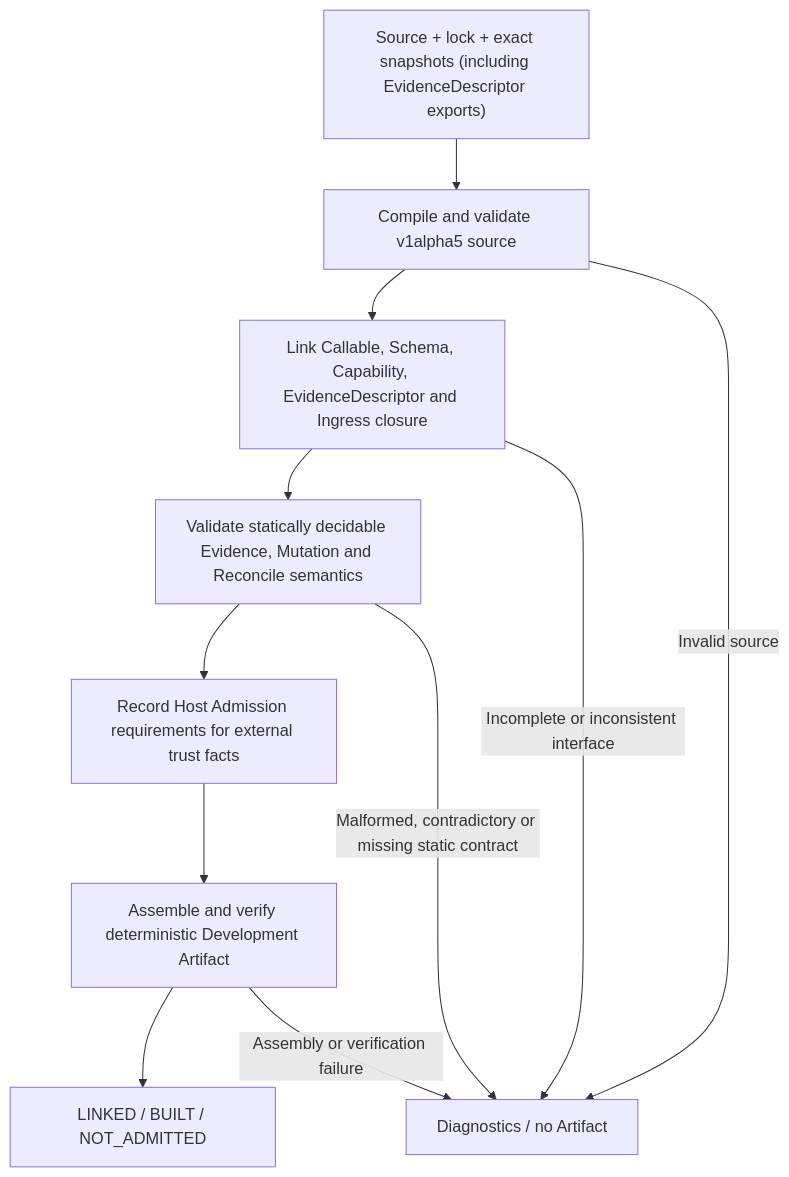
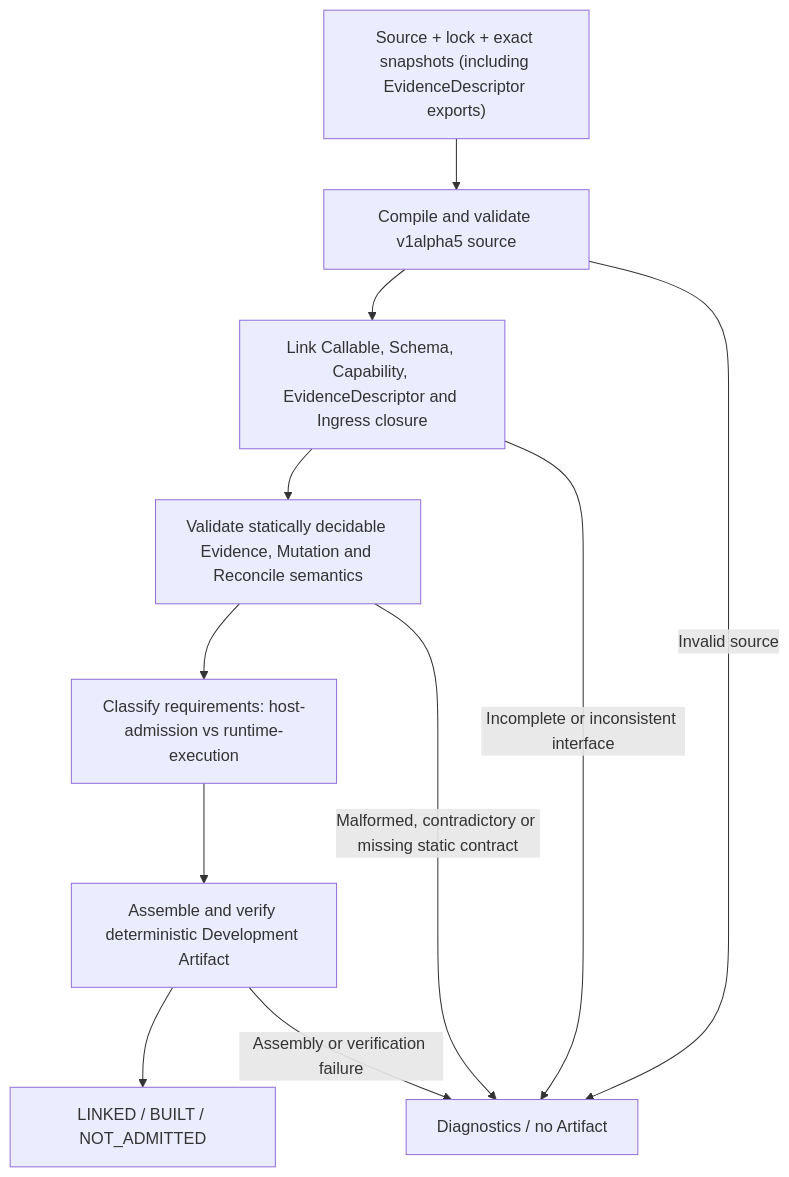
One commit to odango-chan/ca-skill-compiler changed the second of 3 diagrams in docs/design/ca-toolchain-architecture-vnext.zh-CN.md. Above: the diagram before and after it, drawn with Mermaid. The commit also changed other lines of this file and 5 other files, not shown here.

```diff
--- a/docs/design/ca-toolchain-architecture-vnext.zh-CN.md
+++ b/docs/design/ca-toolchain-architecture-vnext.zh-CN.md
@@ -94,13 +97,13 @@
 ~~~mermaid
 flowchart TD
     IN["Source + lock + exact snapshots (including EvidenceDescriptor exports)"] --> S["Compile and validate v1alpha5 source"]
     S --> L["Link Callable, Schema, Capability, EvidenceDescriptor and Ingress closure"]
     L --> A["Validate statically decidable Evidence, Mutation and Reconcile semantics"]
-    A --> O["Record Host Admission requirements for external trust facts"]
+    A --> O["Classify requirements: host-admission vs runtime-execution"]
     O --> B["Assemble and verify deterministic Development Artifact"]
     B --> DONE["LINKED / BUILT / NOT_ADMITTED"]
     S -->|Invalid source| X["Diagnostics / no Artifact"]
     L -->|Incomplete or inconsistent interface| X
     A -->|Malformed, contradictory or missing static contract| X
     B -->|Assembly or verification failure| X
 ~~~
```
